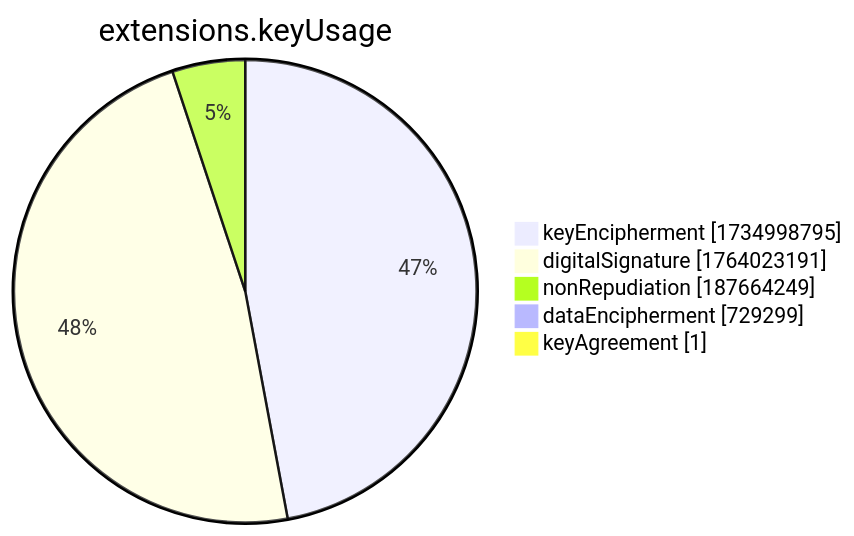
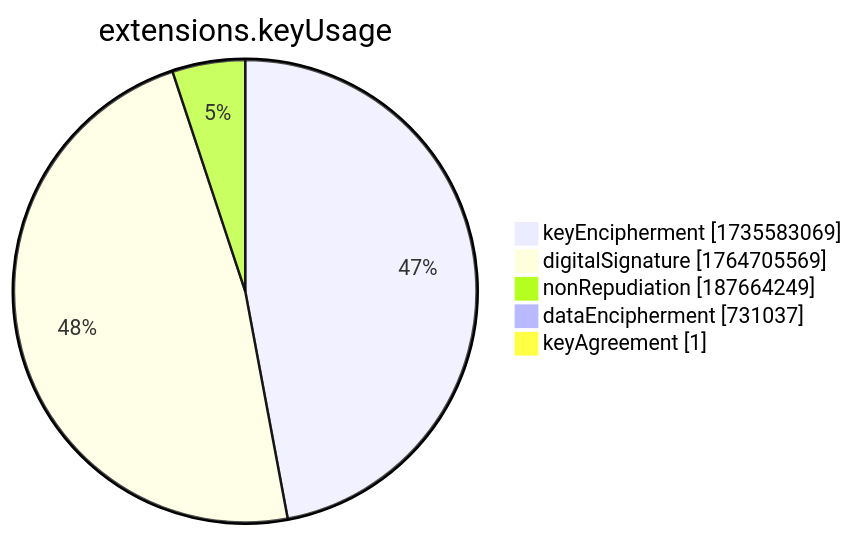
One commit to christiankrug/ctmonitor_visualization changed the seventh of 15 diagrams in xenon2022/README.md. Above: the diagram before and after it, drawn with Mermaid. The commit also changed other lines of this file, not shown here.

````diff
--- a/xenon2022/README.md
+++ b/xenon2022/README.md
@@ -2859,9 +2859,9 @@
 ```mermaid
 pie showData
 title extensions.keyUsage
-"keyEncipherment" :1734998795
-"digitalSignature" :1764023191
+"keyEncipherment" :1735583069
+"digitalSignature" :1764705569
 "nonRepudiation" :187664249
-"dataEncipherment" :729299
+"dataEncipherment" :731037
 "keyAgreement" :1
 ```
````
